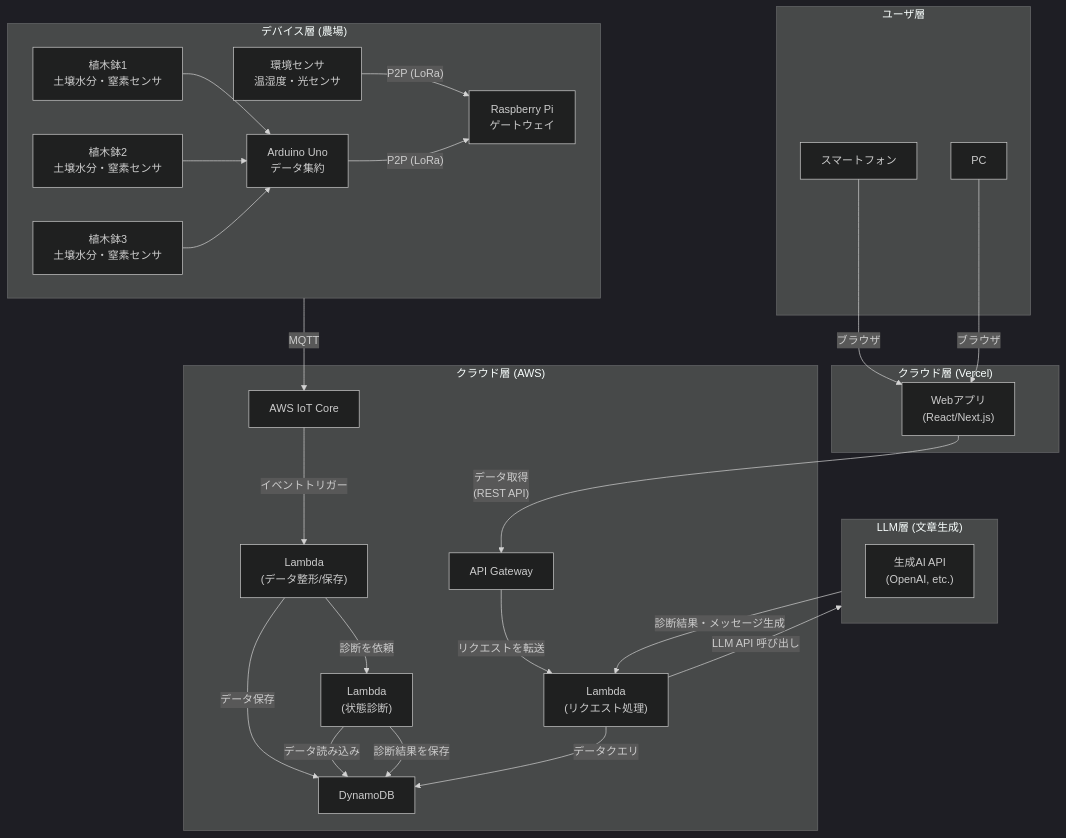
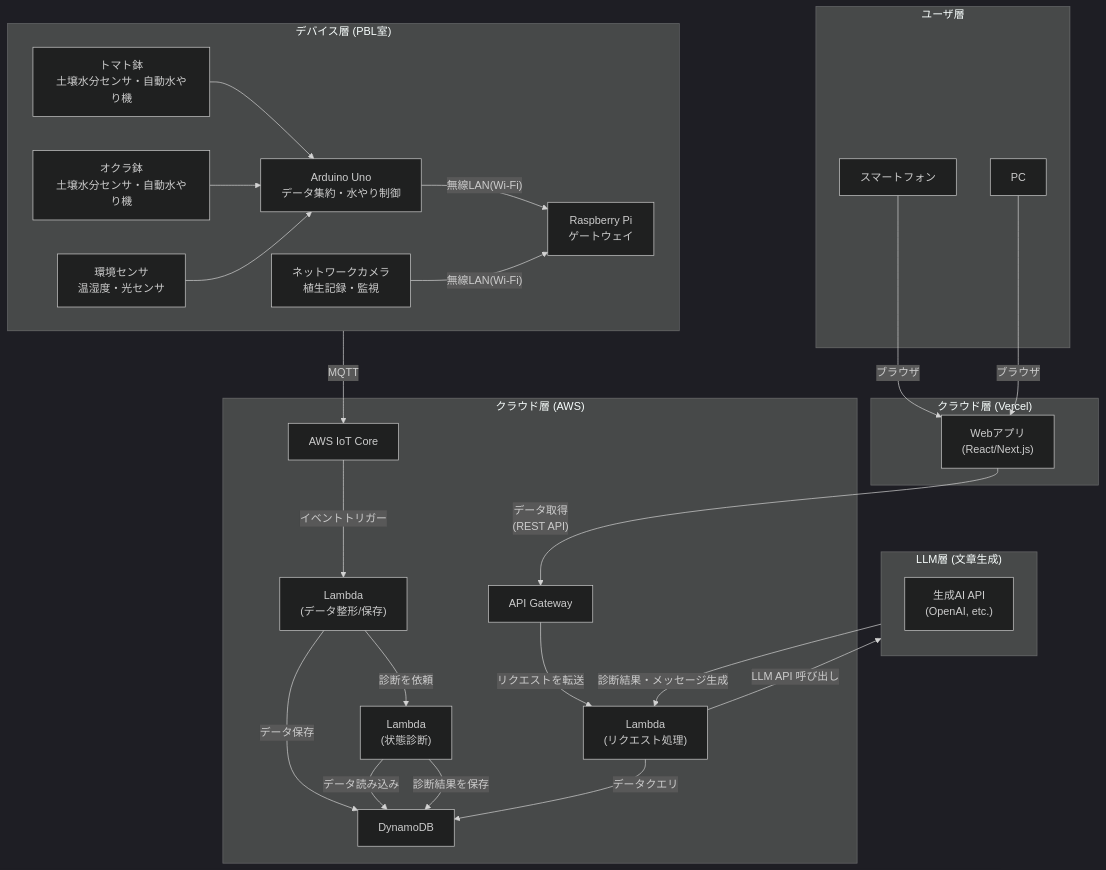
Before and after one commit to ut42univ/pbl2025-docs: the diagram in spec.md, drawn with Mermaid (dark theme).

Commit message:
デバイス層の構成図を更新し、センサー名や接続方式を明確化。トマト鉢とオクラ鉢の情報を追加し、Raspberry Piとの接続を無線LANに変更。

````diff
--- a/spec.md
+++ b/spec.md
@@ -17,41 +17,41 @@
 ```mermaid
 graph TD
-    subgraph DEVICE ["デバイス層 (農場)"]
+    subgraph DEVICE ["デバイス層 (PBL室)"]
         direction LR
-        Sensor["環境センサ<br>温湿度・光センサ"] -- P2P (LoRa) --> RasPi["Raspberry Pi<br>データ集約"];
-        Pot1["植木鉢1<br>土壌水分・窒素センサ"] --> Arduino["Arduino Uno<br>データ集約"];
-        Pot2["植木鉢2<br>土壌水分・窒素センサ"] --> Arduino;
-        Pot3["植木鉢3<br>土壌水分・窒素センサ"] --> Arduino;
+        Pot1["トマト鉢<br>土壌水分センサ・自動水やり機"] --> Arduino["Arduino Uno<br>データ集約・水やり制御"];
+        Pot2["オクラ鉢<br>土壌水分センサ・自動水やり機"] --> Arduino;
+        Sensor["環境センサ<br>温湿度・光センサ"] --> Arduino;
 
-        Arduino -- P2P (LoRa) --> RasPi["Raspberry Pi<br>ゲートウェイ"];
+        Arduino -- 無線LAN(Wi-Fi) --> RasPi["Raspberry Pi<br>ゲートウェイ"];
+        Camera["ネットワークカメラ<br>植生記録・監視"]-- 無線LAN(Wi-Fi) --> RasPi;
     end
 
     RasPi -- "MQTT" --> AWS_IoT["AWS IoT Core"];
 
     subgraph CLOUD ["クラウド層 (AWS)"]
         AWS_IoT -- "イベントトリガー" --> Lambda_Process["Lambda<br>(データ整形/保存)"];
         Lambda_Process -- "データ保存" --> DB["DynamoDB"];
         Lambda_Process -- "診断を依頼" --> Lambda_Diagnose["Lambda<br>(状態診断)"];
         Lambda_Diagnose -- "データ読み込み" --> DB;
         Lambda_Diagnose -- "診断結果を保存" --> DB;
 
         APIGateway["API Gateway"] -- "リクエストを転送" --> Lambda_API["Lambda<br>(リクエスト処理)"];
         Lambda_API -- "データクエリ" --> DB;
     end
 
     subgraph LLM_LAYER ["LLM層 (文章生成)"]
         direction TB
         Lambda_API -- "LLM API 呼び出し" --> LLM_API;
         LLM_API["生成AI API<br>(OpenAI, etc.)"] -- "診断結果・メッセージ生成" --> Lambda_API;
     end
 
     subgraph APP_LAYER ["クラウド層 (Vercel)"]
         WEB["Webアプリ<br>(React/Next.js)"] -- "データ取得<br>(REST API)" --> APIGateway;
     end
 
     subgraph USER_LAYER ["ユーザ層"]
         USER1["スマートフォン"] -- "ブラウザ" --> WEB;
         USER2["PC"] -- "ブラウザ" --> WEB;
 
     end
 ```
````
